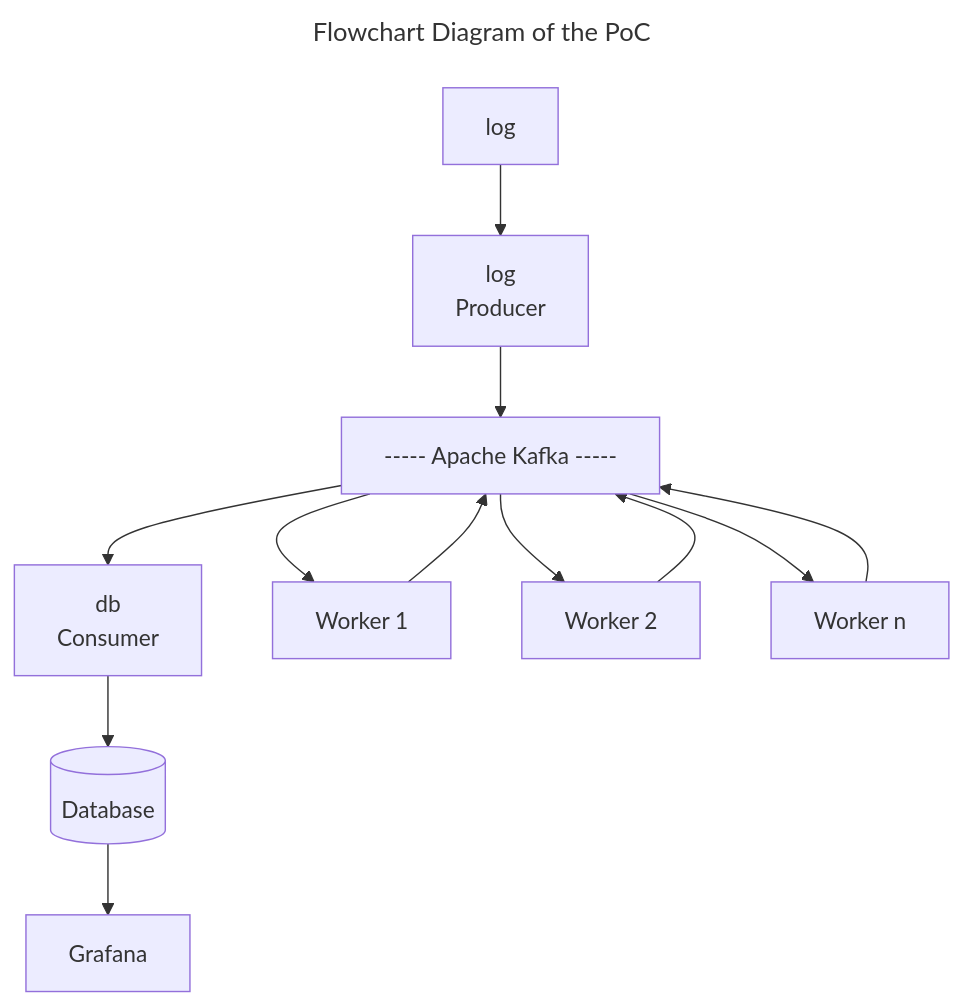
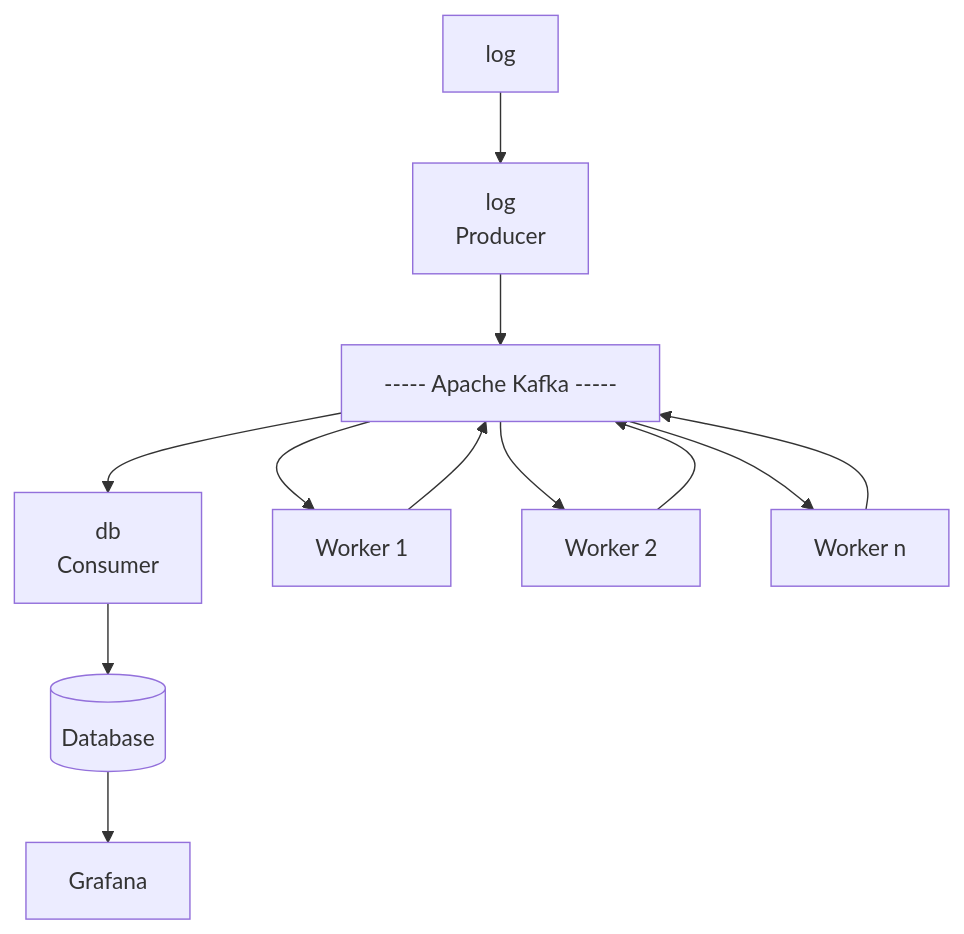
Before and after one commit to tomwey2/linux-syslog-analysis-with-kafka: the diagram in README.md, drawn with Mermaid.

````diff
--- a/README.md
+++ b/README.md
@@ -17,20 +17,17 @@
 ```mermaid
----
-title: Flowchart Diagram of the PoC
----
 flowchart TD
     idKafka[----- Apache Kafka -----]
     idDb[(Database)]
     idLog[log]
     idProducer[log \n Producer]
     idConsumer[db \n Consumer]
     idGrafana[Grafana]
     idWorker1[Worker 1]
     idWorker2[Worker 2]
     idWorkerN[Worker n]
     idLog --> idProducer --> idKafka
     idKafka --> idWorker1 --> idKafka
     idKafka --> idWorker2 --> idKafka
     idKafka --> idWorkerN --> idKafka
     idKafka --> idConsumer --> idDb --> idGrafana
 ```
````
